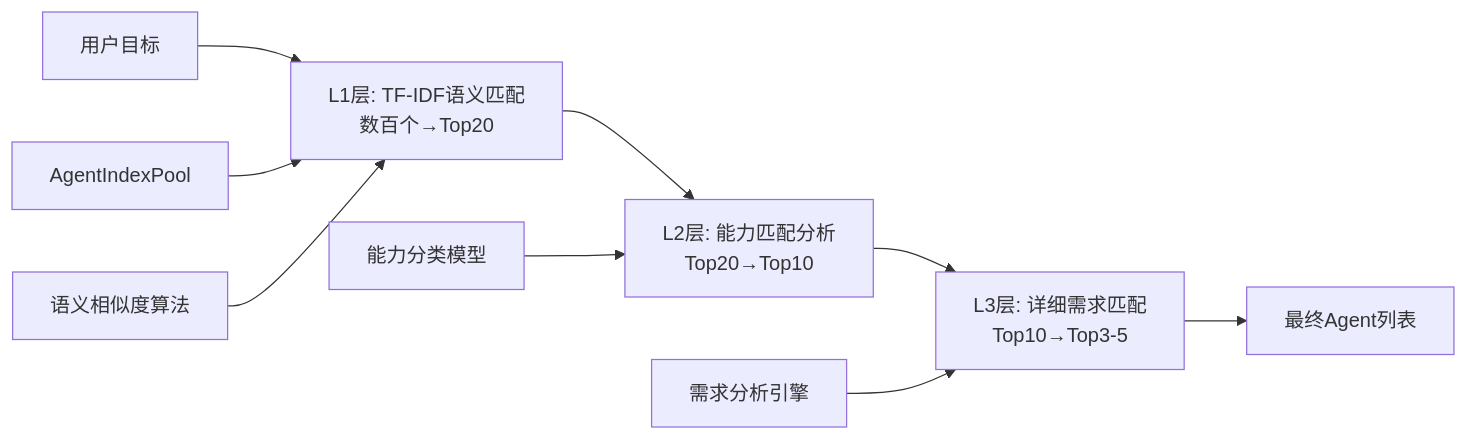
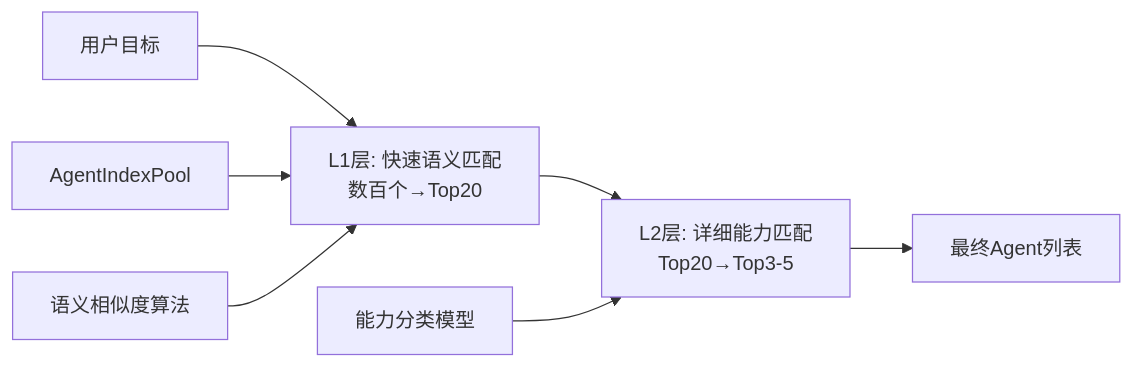
Before and after one commit to aevatarAI/aevatar-gagents: the second of 5 diagrams in agent-workflow-optimization-guide.md, drawn with Mermaid. The commit also changed other lines of this file, not shown here.

````diff
--- a/agent-workflow-optimization-guide.md
+++ b/agent-workflow-optimization-guide.md
@@ -58,12 +57,10 @@
 ```mermaid
 graph LR
-    A[用户目标] --> B[L1层: TF-IDF语义匹配<br/>数百个→Top20]
-    B --> C[L2层: 能力匹配分析<br/>Top20→Top10]
-    C --> D[L3层: 详细需求匹配<br/>Top10→Top3-5]
-    D --> E[最终Agent列表]
+    A[用户目标] --> B[L1层: 快速语义匹配<br/>数百个→Top20]
+    B --> C[L2层: 详细能力匹配<br/>Top20→Top3-5]
+    C --> D[最终Agent列表]
     
     F[AgentIndexPool] --> B
     G[语义相似度算法] --> B
     H[能力分类模型] --> C
-    I[需求分析引擎] --> D
 ```
````
